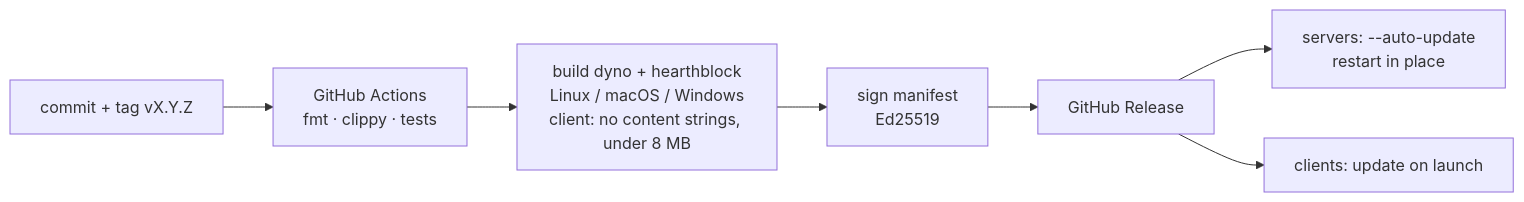
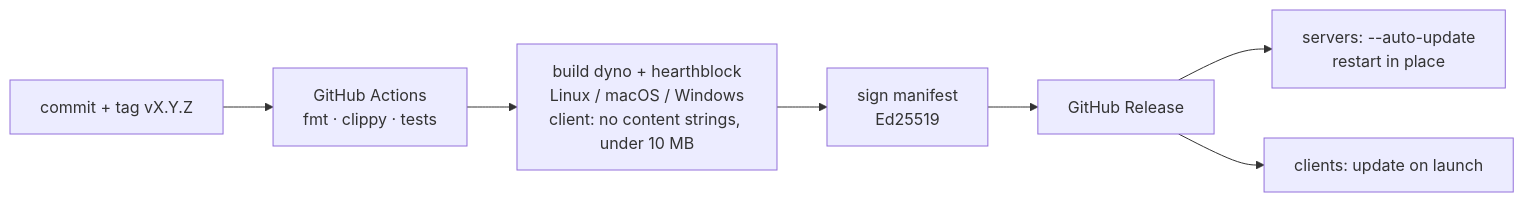
The eighth of 8 diagrams in docs/architecture.md (mortondev/dyno), drawn with Mermaid before and after one commit. The commit also changed 3 other files, not shown here.

````diff
--- a/docs/architecture.md
+++ b/docs/architecture.md
@@ -357,9 +357,9 @@
 ```mermaid
 flowchart LR
   Dev[commit + tag vX.Y.Z] --> CI[GitHub Actions<br/>fmt · clippy · tests]
-  CI --> Build[build dyno + hearthblock<br/>Linux / macOS / Windows<br/>client: no content strings, under 8 MB]
+  CI --> Build[build dyno + hearthblock<br/>Linux / macOS / Windows<br/>client: no content strings, under 10 MB]
   Build --> Sign[sign manifest<br/>Ed25519]
   Sign --> Rel[GitHub Release]
   Rel --> Srv[servers: --auto-update<br/>restart in place]
   Rel --> Cli[clients: update on launch]
 ```
````
